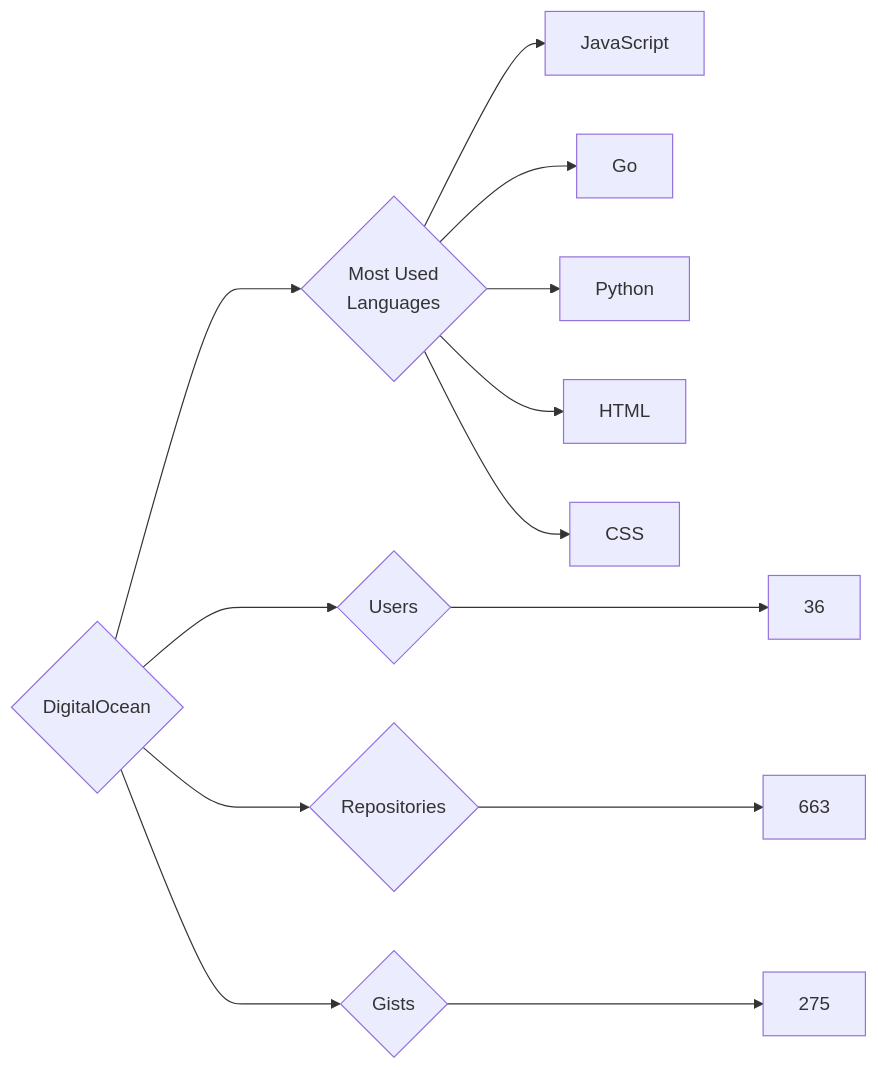
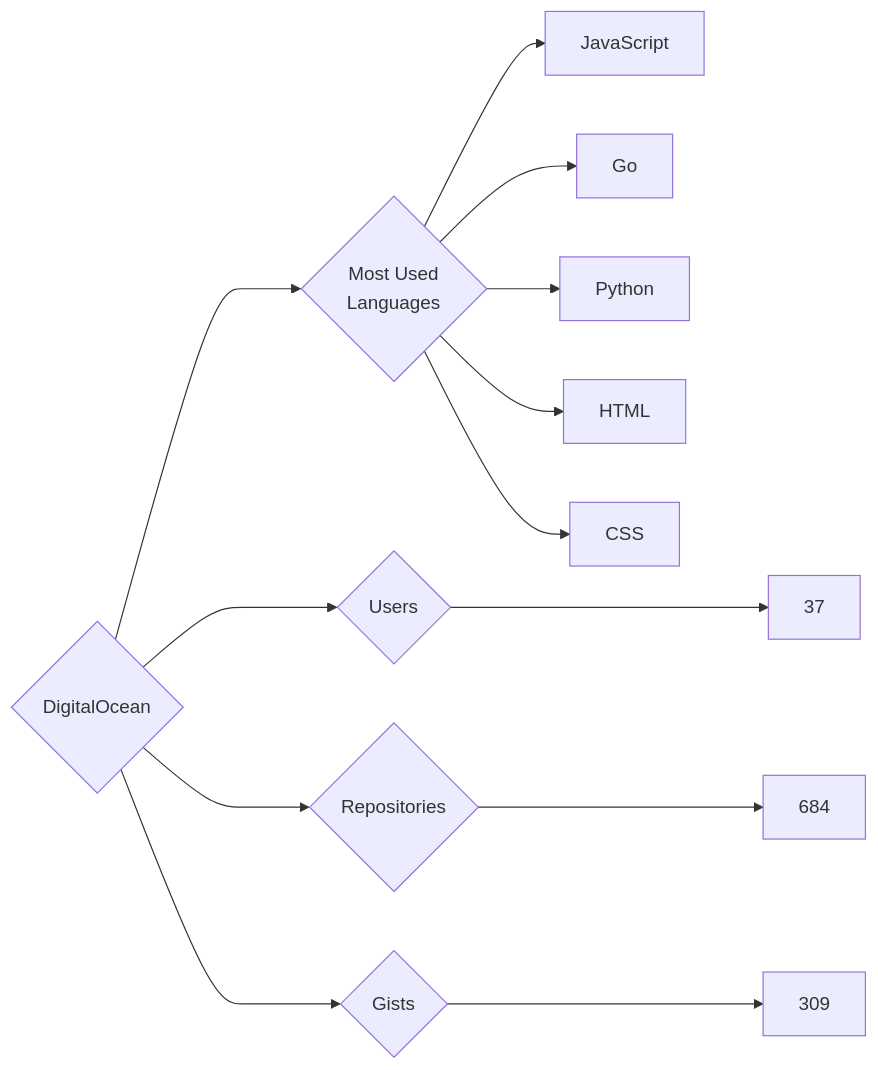
One commit to trickest/insiders changed the diagram in targets/DigitalOcean/README.md. Above: the diagram before and after it, drawn with Mermaid. The commit also changed 894 other files, not shown here.

````diff
--- a/targets/DigitalOcean/README.md
+++ b/targets/DigitalOcean/README.md
@@ -3,13 +3,13 @@
 ```mermaid
 graph LR
 COMPANY_NAME{DigitalOcean}
-COMPANY_NAME ---> U{Users} ---> UN[36]
-COMPANY_NAME ---> R{Repositories} ---> RN[663]
-COMPANY_NAME ---> G{Gists} ---> GN[275]
+COMPANY_NAME ---> U{Users} ---> UN[37]
+COMPANY_NAME ---> R{Repositories} ---> RN[684]
+COMPANY_NAME ---> G{Gists} ---> GN[309]
 COMPANY_NAME ---> ML{Most Used<br>Languages}
 ML --> JavaScript[JavaScript]
 ML --> Go[Go]
 ML --> Python[Python]
 ML --> HTML[HTML]
 ML --> CSS[CSS]
 ```
````
